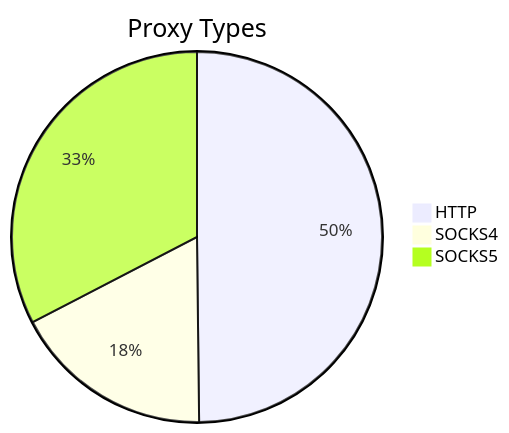
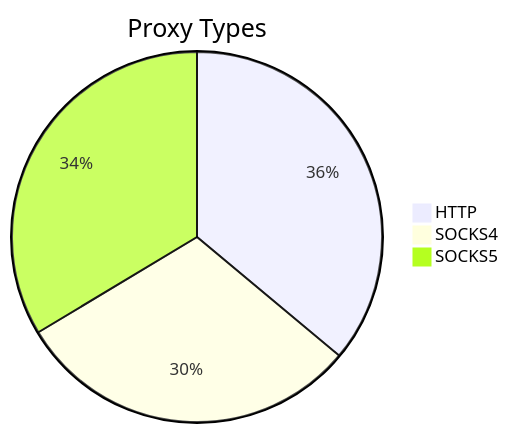
The first of 2 diagrams in README.md (stormsia/proxy-list), drawn with Mermaid before and after one commit. The commit also changed other lines of this file, not shown here.

````diff
--- a/README.md
+++ b/README.md
@@ -21,6 +21,6 @@
 ```mermaid
 pie title Proxy Types
-    "HTTP" : 136
-    "SOCKS4" : 48
-    "SOCKS5" : 89
+    "HTTP" : 132
+    "SOCKS4" : 111
+    "SOCKS5" : 123
 ```
````
